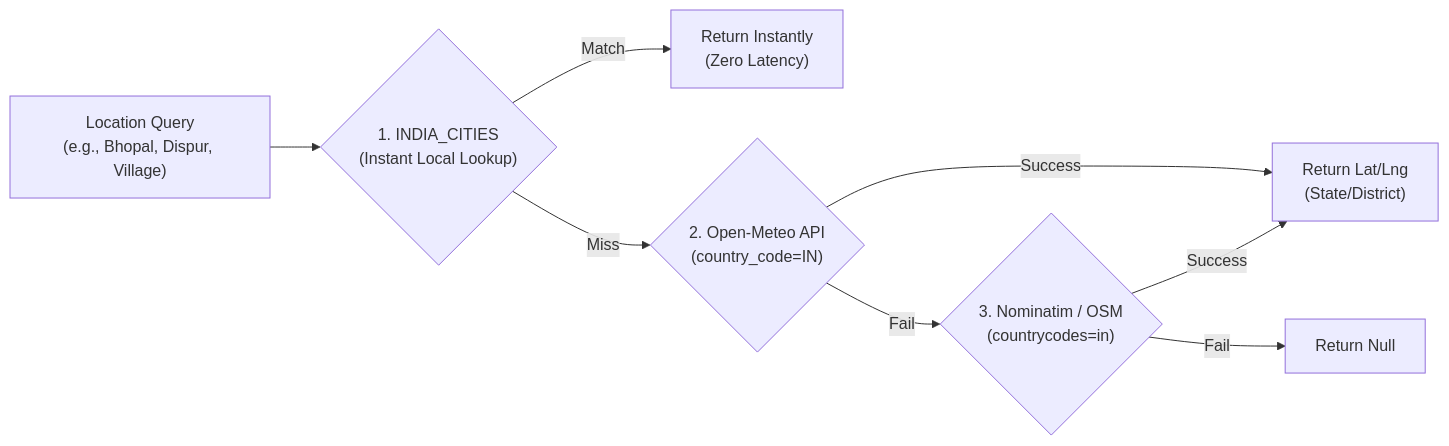
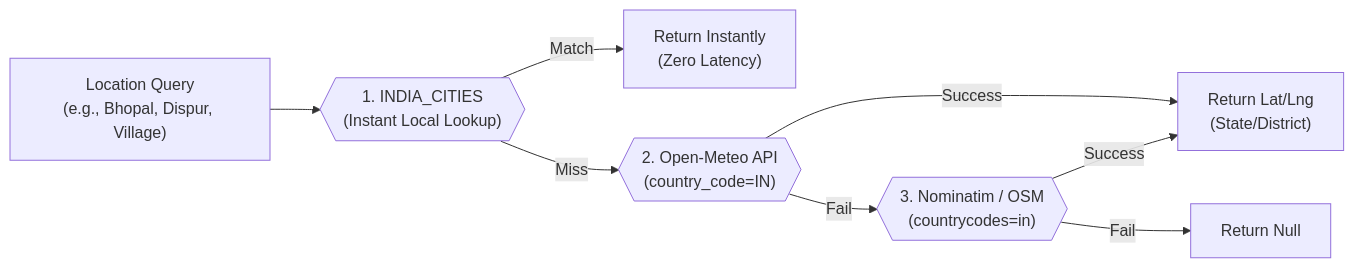
One commit to omcodes16/make-to-win changed the third of 9 diagrams in README.md. Above: the diagram before and after it, drawn with Mermaid. The commit also changed other lines of this file and 32 other files, not shown here.

Commit message:
feat: add saved chats, accuracy sidebar, NWP visualizer; update README with full website flowchart & feature docs

````diff
--- a/README.md
+++ b/README.md
@@ -149,10 +311,10 @@
 ```mermaid
 flowchart LR
-    A["Location Query\n(e.g., Bhopal, Dispur, Village)"] --> B{"1. INDIA_CITIES\n(Instant Local Lookup)"}
+    A["Location Query\n(e.g., Bhopal, Dispur, Village)"] --> B{{"1. INDIA_CITIES\n(Instant Local Lookup)"}}
     B -- Match --> C["Return Instantly\n(Zero Latency)"]
-    B -- Miss --> D{"2. Open-Meteo API\n(country_code=IN)"}
+    B -- Miss --> D{{"2. Open-Meteo API\n(country_code=IN)"}}
     D -- Success --> E["Return Lat/Lng\n(State/District)"]
-    D -- Fail --> F{"3. Nominatim / OSM\n(countrycodes=in)"}
+    D -- Fail --> F{{"3. Nominatim / OSM\n(countrycodes=in)"}}
     F -- Success --> E
     F -- Fail --> G["Return Null"]
 ```
````
